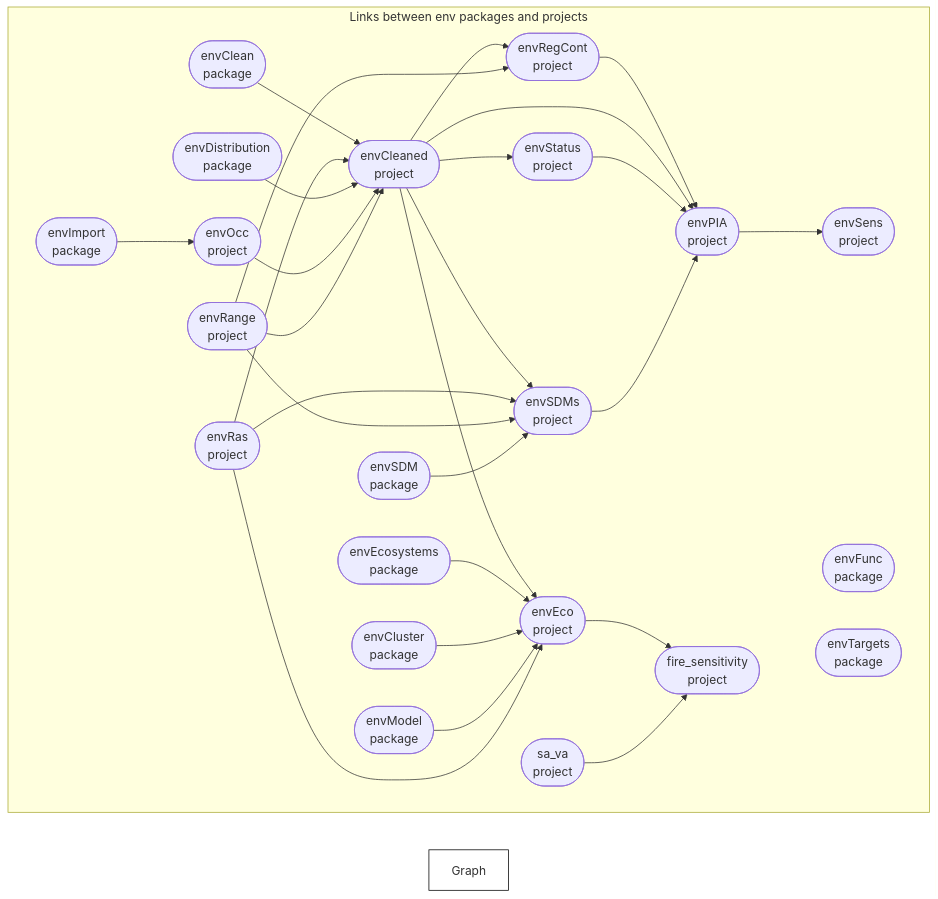
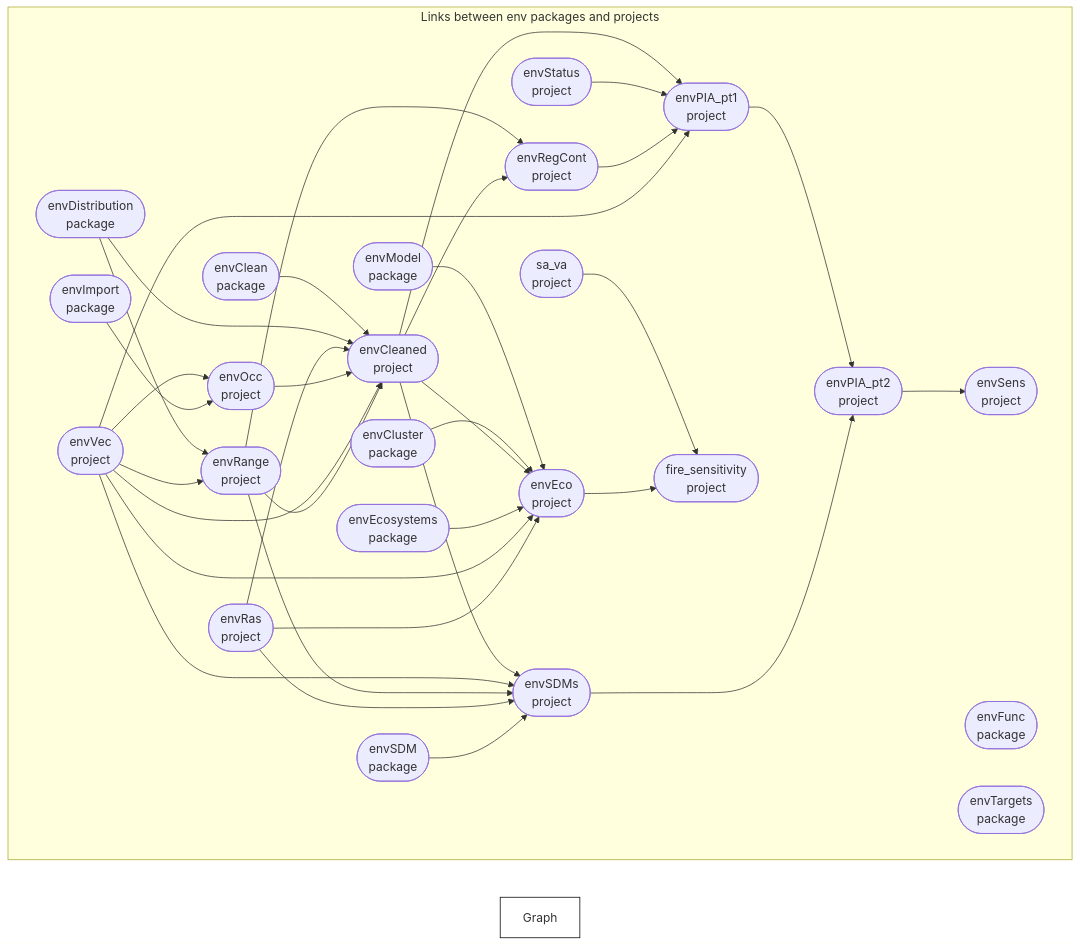
One commit to dew-landscapes/.github changed the diagram in profile/README.md. Above: the diagram before and after it, drawn with Mermaid. The commit also changed other lines of this file and 1 other file, not shown here.

Commit message:
more links

````diff
--- a/profile/README.md
+++ b/profile/README.md
@@ -45,34 +45,41 @@
 ``` mermaid
 graph LR
   style Graph fill:#FFFFFF00,stroke:#000000;
   subgraph Links between env packages and projects
     direction LR
     x199e33ac94c360fd(["envClean<br>package"]):::queued --> x4e1f08a5bd05b882(["envCleaned<br>project"]):::queued
+    xb53407deaf8a50f7(["envDistribution<br>package"]):::queued --> x4e1f08a5bd05b882(["envCleaned<br>project"]):::queued
     x67b5feaf09e4d0ca(["envRas<br>project"]):::queued --> x4e1f08a5bd05b882(["envCleaned<br>project"]):::queued
-    xb53407deaf8a50f7(["envDistribution<br>package"]):::queued --> x4e1f08a5bd05b882(["envCleaned<br>project"]):::queued
     x9d3addc2d3c28cb0(["envOcc<br>project"]):::queued --> x4e1f08a5bd05b882(["envCleaned<br>project"]):::queued
+    xa92bc89dfa147112(["envVec<br>project"]):::queued --> x4e1f08a5bd05b882(["envCleaned<br>project"]):::queued
     x4f41d9ef8b70ed0e(["envRange<br>project"]):::queued --> x4e1f08a5bd05b882(["envCleaned<br>project"]):::queued
+    x3c05f6553dd2ee1d(["envModel<br>package"]):::queued --> xc70bb609a37b98f0(["envEco<br>project"]):::queued
+    x9eca96d789260dc6(["envCluster<br>package"]):::queued --> xc70bb609a37b98f0(["envEco<br>project"]):::queued
     x4e1f08a5bd05b882(["envCleaned<br>project"]):::queued --> xc70bb609a37b98f0(["envEco<br>project"]):::queued
     x3c533c4f6ac5a427(["envEcosystems<br>package"]):::queued --> xc70bb609a37b98f0(["envEco<br>project"]):::queued
-    x9eca96d789260dc6(["envCluster<br>package"]):::queued --> xc70bb609a37b98f0(["envEco<br>project"]):::queued
-    x3c05f6553dd2ee1d(["envModel<br>package"]):::queued --> xc70bb609a37b98f0(["envEco<br>project"]):::queued
+    xa92bc89dfa147112(["envVec<br>project"]):::queued --> xc70bb609a37b98f0(["envEco<br>project"]):::queued
     x67b5feaf09e4d0ca(["envRas<br>project"]):::queued --> xc70bb609a37b98f0(["envEco<br>project"]):::queued
+    xa92bc89dfa147112(["envVec<br>project"]):::queued --> x9d3addc2d3c28cb0(["envOcc<br>project"]):::queued
     xa419b1871c902a02(["envImport<br>package"]):::queued --> x9d3addc2d3c28cb0(["envOcc<br>project"]):::queued
-    x5499a04bf3778295(["envRegCont<br>project"]):::queued --> x2cb0f2dc918c8a98(["envPIA<br>project"]):::queued
-    x4e1f08a5bd05b882(["envCleaned<br>project"]):::queued --> x2cb0f2dc918c8a98(["envPIA<br>project"]):::queued
-    xf290cd0a0c6ffe34(["envStatus<br>project"]):::queued --> x2cb0f2dc918c8a98(["envPIA<br>project"]):::queued
-    xc1054dd4c63b18e0(["envSDMs<br>project"]):::queued --> x2cb0f2dc918c8a98(["envPIA<br>project"]):::queued
+    x4e1f08a5bd05b882(["envCleaned<br>project"]):::queued --> xdfa068c3ebc0366d(["envPIA_pt1<br>project"]):::queued
+    xf290cd0a0c6ffe34(["envStatus<br>project"]):::queued --> xdfa068c3ebc0366d(["envPIA_pt1<br>project"]):::queued
+    x5499a04bf3778295(["envRegCont<br>project"]):::queued --> xdfa068c3ebc0366d(["envPIA_pt1<br>project"]):::queued
+    xa92bc89dfa147112(["envVec<br>project"]):::queued --> xdfa068c3ebc0366d(["envPIA_pt1<br>project"]):::queued
+    xdfa068c3ebc0366d(["envPIA_pt1<br>project"]):::queued --> xe5749d29c71b6a92(["envPIA_pt2<br>project"]):::queued
+    xc1054dd4c63b18e0(["envSDMs<br>project"]):::queued --> xe5749d29c71b6a92(["envPIA_pt2<br>project"]):::queued
+    xb53407deaf8a50f7(["envDistribution<br>package"]):::queued --> x4f41d9ef8b70ed0e(["envRange<br>project"]):::queued
+    xa92bc89dfa147112(["envVec<br>project"]):::queued --> x4f41d9ef8b70ed0e(["envRange<br>project"]):::queued
+    x4f41d9ef8b70ed0e(["envRange<br>project"]):::queued --> x5499a04bf3778295(["envRegCont<br>project"]):::queued
     x4e1f08a5bd05b882(["envCleaned<br>project"]):::queued --> x5499a04bf3778295(["envRegCont<br>project"]):::queued
-    x4f41d9ef8b70ed0e(["envRange<br>project"]):::queued --> x5499a04bf3778295(["envRegCont<br>project"]):::queued
     x4e1f08a5bd05b882(["envCleaned<br>project"]):::queued --> xc1054dd4c63b18e0(["envSDMs<br>project"]):::queued
+    xa92bc89dfa147112(["envVec<br>project"]):::queued --> xc1054dd4c63b18e0(["envSDMs<br>project"]):::queued
+    x4f41d9ef8b70ed0e(["envRange<br>project"]):::queued --> xc1054dd4c63b18e0(["envSDMs<br>project"]):::queued
     x67b5feaf09e4d0ca(["envRas<br>project"]):::queued --> xc1054dd4c63b18e0(["envSDMs<br>project"]):::queued
-    x4f41d9ef8b70ed0e(["envRange<br>project"]):::queued --> xc1054dd4c63b18e0(["envSDMs<br>project"]):::queued
     x07cddf360e9b199e(["envSDM<br>package"]):::queued --> xc1054dd4c63b18e0(["envSDMs<br>project"]):::queued
-    x2cb0f2dc918c8a98(["envPIA<br>project"]):::queued --> x2d1dcea9060b62fe(["envSens<br>project"]):::queued
-    x4e1f08a5bd05b882(["envCleaned<br>project"]):::queued --> xf290cd0a0c6ffe34(["envStatus<br>project"]):::queued
+    xe5749d29c71b6a92(["envPIA_pt2<br>project"]):::queued --> x2d1dcea9060b62fe(["envSens<br>project"]):::queued
+    xb2a4767da474386b(["sa_va<br>project"]):::queued --> x0f16edc93d113ef9(["fire_sensitivity<br>project"]):::queued
     xc70bb609a37b98f0(["envEco<br>project"]):::queued --> x0f16edc93d113ef9(["fire_sensitivity<br>project"]):::queued
-    xb2a4767da474386b(["sa_va<br>project"]):::queued --> x0f16edc93d113ef9(["fire_sensitivity<br>project"]):::queued
     x6832f874a98057bb(["envFunc<br>package"]):::queued
     xb03046fba8fa1b84(["envTargets<br>package"]):::queued
   end
 ```
````
